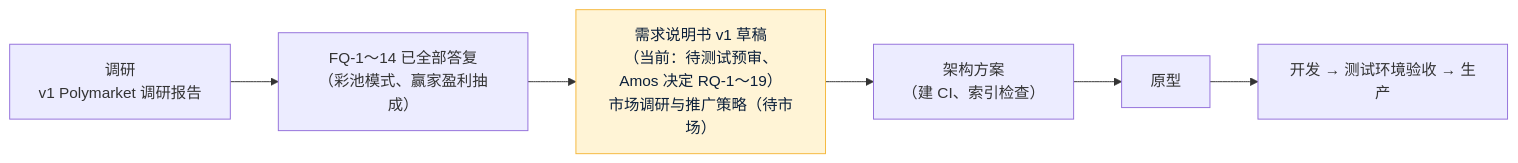
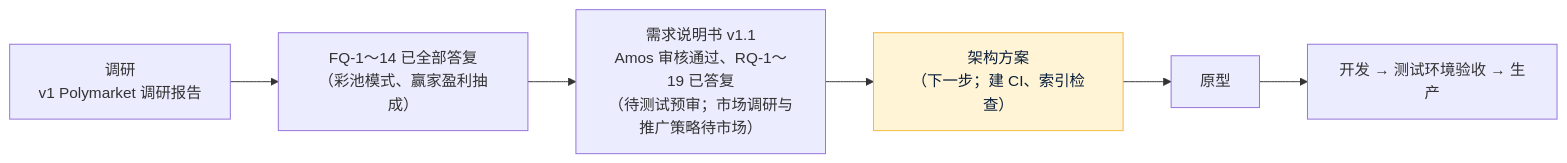
The diagram in 项目地图.md (dollar3651314/forecast), drawn with Mermaid before and after one commit. The commit also changed other lines of this file and 6 other files, not shown here.

First line of the commit message:
需求说明书 v1.1：按 Amos 对 RQ-1～RQ-19 的答复修订

````diff
--- a/项目地图.md
+++ b/项目地图.md
@@ -10,5 +10,5 @@
 ```mermaid
 flowchart LR
-    R["调研<br/>v1 Polymarket 调研报告"] --> Q["FQ-1～14 已全部答复<br/>（彩池模式、赢家盈利抽成）"] --> D["需求说明书 v1 草稿<br/>（当前：待测试预审、Amos 决定 RQ-1～19）<br/>市场调研与推广策略（待市场）"]:::now --> A["架构方案<br/>（建 CI、索引检查）"] --> P["原型"] --> DEV["开发 → 测试环境验收 → 生产"]
+    R["调研<br/>v1 Polymarket 调研报告"] --> Q["FQ-1～14 已全部答复<br/>（彩池模式、赢家盈利抽成）"] --> D["需求说明书 v1.1<br/>Amos 审核通过、RQ-1～19 已答复<br/>（待测试预审；市场调研与推广策略待市场）"] --> A["架构方案<br/>（下一步；建 CI、索引检查）"]:::now --> P["原型"] --> DEV["开发 → 测试环境验收 → 生产"]
     classDef now fill:#FFF4D6,stroke:#F5B83D,color:#0B1F3A
 ```
````
